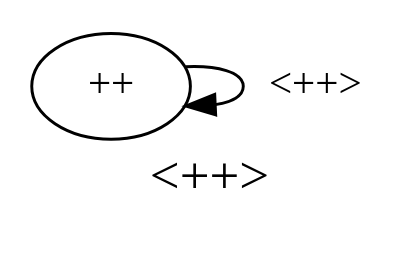
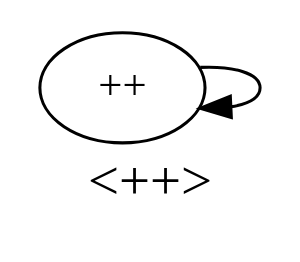
The diagram in nvim/skeletons/skeleton.dot (Glassinatorn/Hello-world), drawn with Graphviz before and after one commit. The commit also changed 3 other files, not shown here.

```diff
--- a/nvim/skeletons/skeleton.dot
+++ b/nvim/skeletons/skeleton.dot
@@ -1,21 +1,21 @@
 digraph <++> {
     graph [
-        charset = "UTF-8";
-        label = "<++>",
-        fontsize = 18,
-        style = "filled",
-        margin = 0.2,
+        charset="UTF-8"
+        label="<++>"
+        fontsize=18
+        style="filled"
+        margin=0.2
 
-        /* dark colored scheme
-        bgcolor = "#343434",
-        fontcolor = white, */
+        /* dark colored scheme */
+        //bgcolor="#343434"
+        //fontcolor=white
         /* light colored scheme */
-        bgcolor = "#ffffff",
-        fontcolor = black,
+        bgcolor="#ffffff"
+        fontcolor=black
     ];
 
     /* define nodes */
-    /* example: node [shape = box/Msquare/etc]; */
+    /* example: node [shape=box/Msquare/etc] */
 
-    <++> -> <++> [label = "<++>", arrowhead = normal];
+    <++> -> <++> [ arrowhead=normal ]
 }
```
